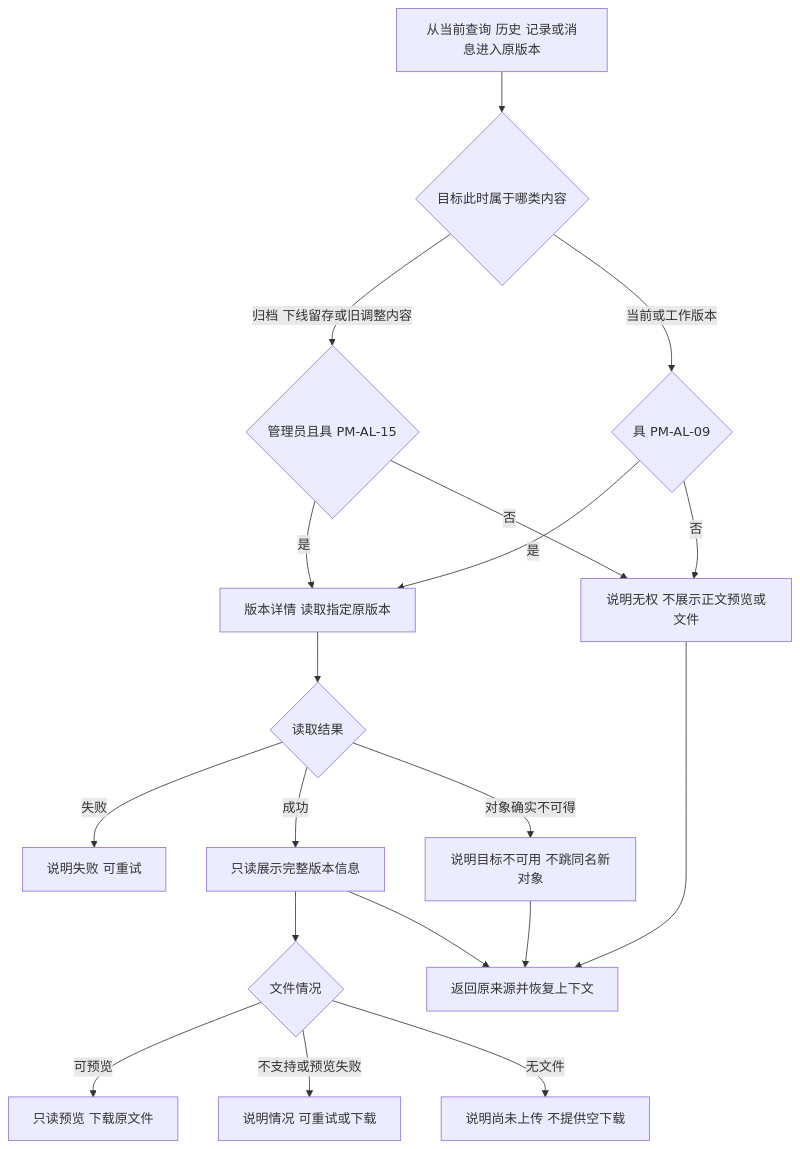
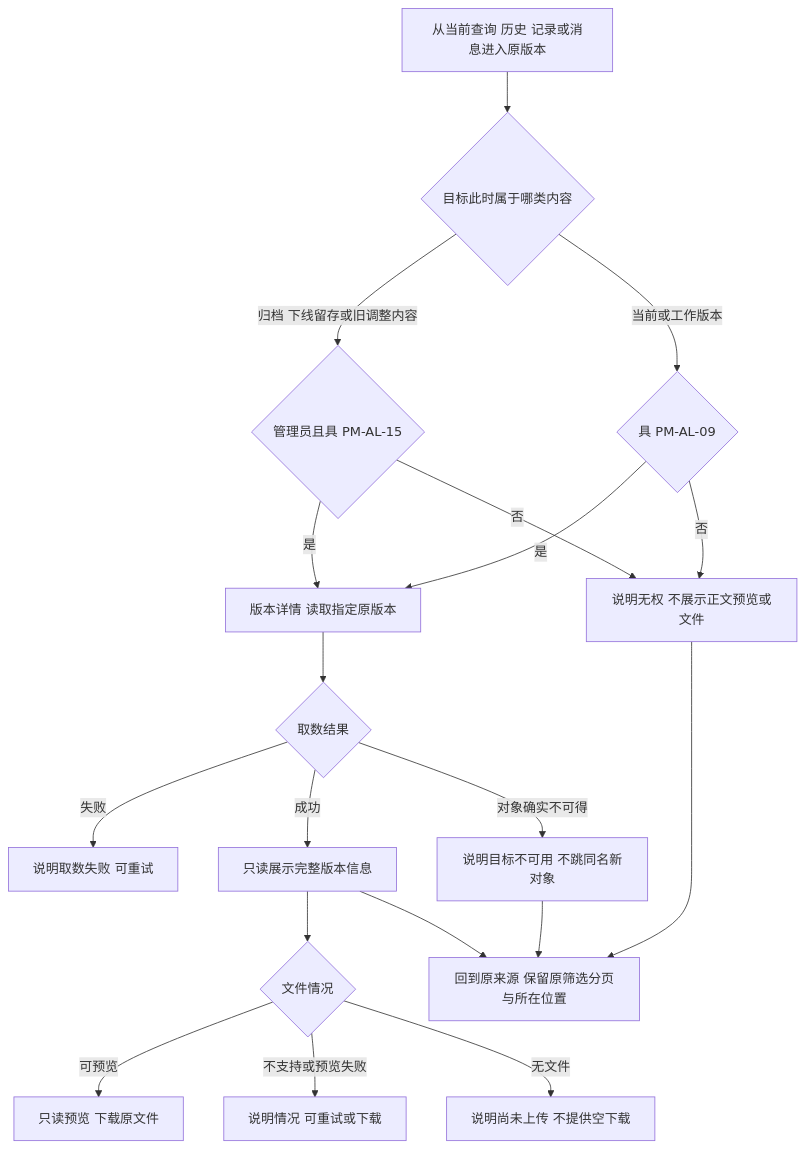
Before and after one commit to wxblockchain/Chain-Financing: the third of 8 diagrams in lending-platform/PRD/v1.0-运营端协议管理/02-运营端协议管理-流程图与状态机.md, drawn with Mermaid. The commit also changed other lines of this file and 4 other files, not shown here.

````diff
--- a/lending-platform/PRD/v1.0-运营端协议管理/02-运营端协议管理-流程图与状态机.md
+++ b/lending-platform/PRD/v1.0-运营端协议管理/02-运营端协议管理-流程图与状态机.md
@@ -91,21 +91,21 @@
 ```mermaid
 flowchart TD
     A[从当前查询 历史 记录或消息进入原版本] --> B{目标此时属于哪类内容}
     B -->|当前或工作版本| C{具 PM-AL-09}
     B -->|归档 下线留存或旧调整内容| D{管理员且具 PM-AL-15}
     C -->|否| E[说明无权 不展示正文预览或文件]
     D -->|否| E
     C -->|是| F[版本详情 读取指定原版本]
     D -->|是| F
-    F --> G{读取结果}
-    G -->|失败| H[说明失败 可重试]
+    F --> G{取数结果}
+    G -->|失败| H[说明取数失败 可重试]
     G -->|对象确实不可得| I[说明目标不可用 不跳同名新对象]
     G -->|成功| J[只读展示完整版本信息]
     J --> K{文件情况}
     K -->|可预览| L[只读预览 下载原文件]
     K -->|不支持或预览失败| M[说明情况 可重试或下载]
     K -->|无文件| N[说明尚未上传 不提供空下载]
-    E --> O[返回原来源并恢复上下文]
+    E --> O[回到原来源 保留原筛选分页与所在位置]
     I --> O
     J --> O
 ```
````
